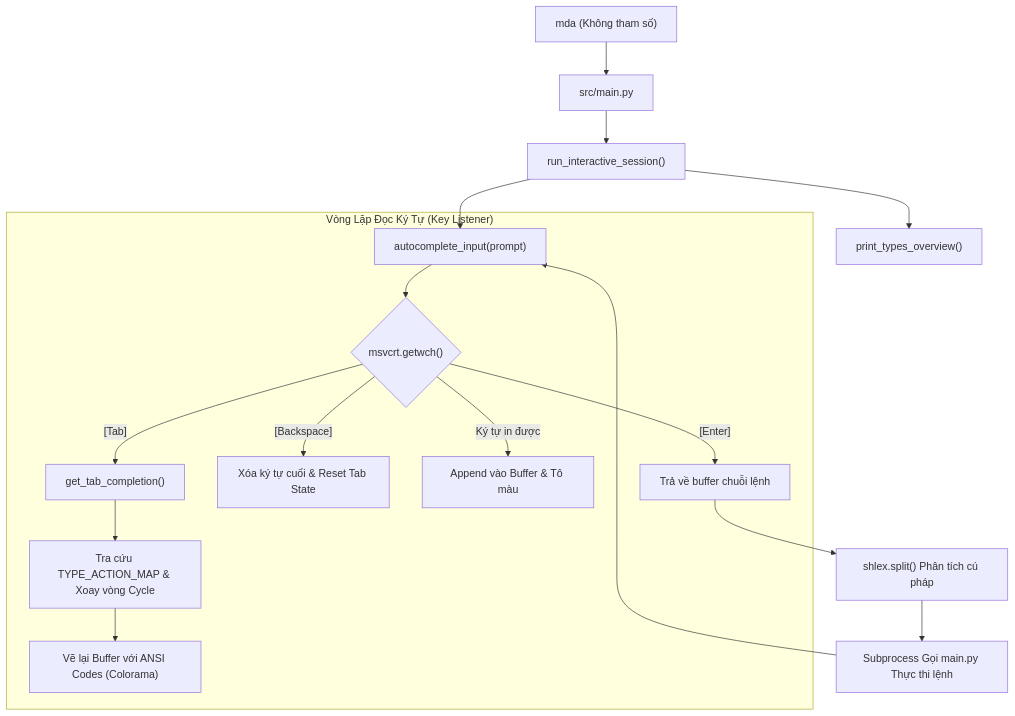
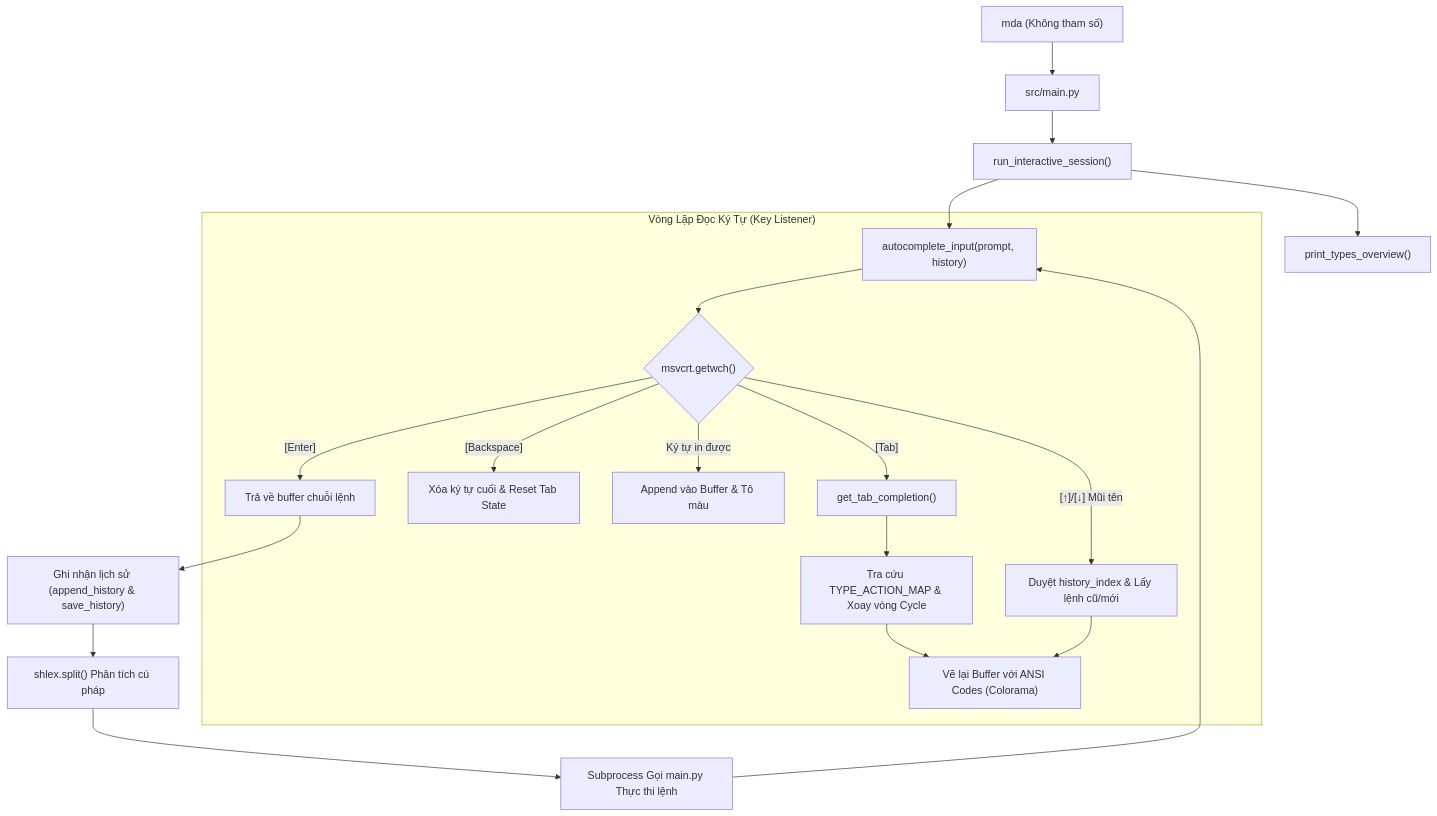
Before and after one commit to codevcn/media-studio: the diagram in doc/autocomplete.md, drawn with Mermaid. The commit also changed other lines of this file and 15 other files, not shown here.

````diff
--- a/doc/autocomplete.md
+++ b/doc/autocomplete.md
@@ -117,21 +125,24 @@
 ```mermaid
 graph TD
     A["mda (Không tham số)"] --> B["src/main.py"]
     B --> C["run_interactive_session()"]
     C --> D["print_types_overview()"]
-    C --> E["autocomplete_input(prompt)"]
+    C --> E["autocomplete_input(prompt, history)"]
     
     subgraph "Vòng Lặp Đọc Ký Tự (Key Listener)"
         E --> F{"msvcrt.getwch()"}
         F -- "[Tab]" --> G["get_tab_completion()"]
         G --> H["Tra cứu TYPE_ACTION_MAP & Xoay vòng Cycle"]
         H --> I["Vẽ lại Buffer với ANSI Codes (Colorama)"]
+        F -- "[↑]/[↓] Mũi tên" --> Hist["Duyệt history_index & Lấy lệnh cũ/mới"]
+        Hist --> I
         F -- "[Backspace]" --> J["Xóa ký tự cuối & Reset Tab State"]
         F -- "Ký tự in được" --> K["Append vào Buffer & Tô màu"]
         F -- "[Enter]" --> L["Trả về buffer chuỗi lệnh"]
     end
     
-    L --> M["shlex.split() Phân tích cú pháp"]
-    M --> N["Subprocess Gọi main.py Thực thi lệnh"]
-    N --> E
+    L --> M["Ghi nhận lịch sử (append_history & save_history)"]
+    M --> N["shlex.split() Phân tích cú pháp"]
+    N --> P["Subprocess Gọi main.py Thực thi lệnh"]
+    P --> E
 ```
````
